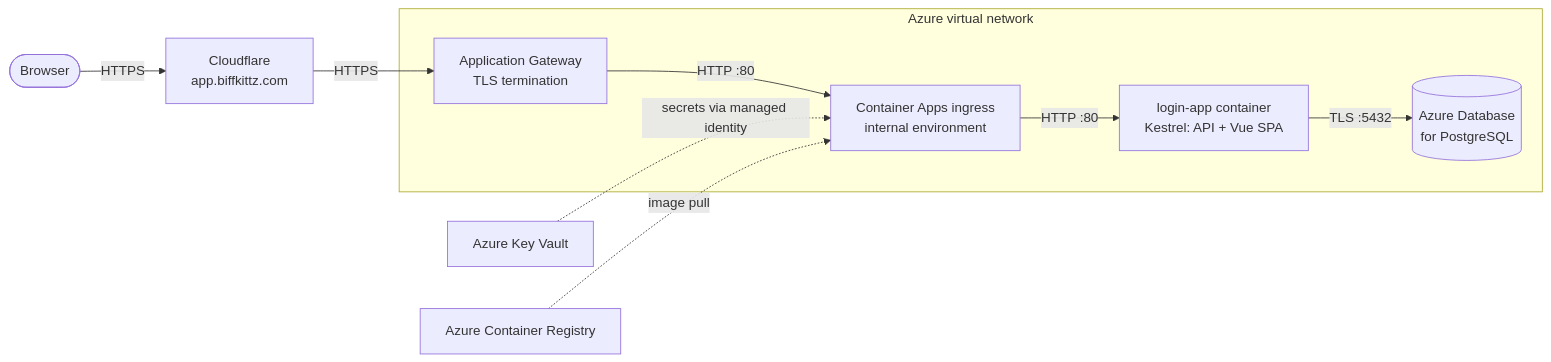
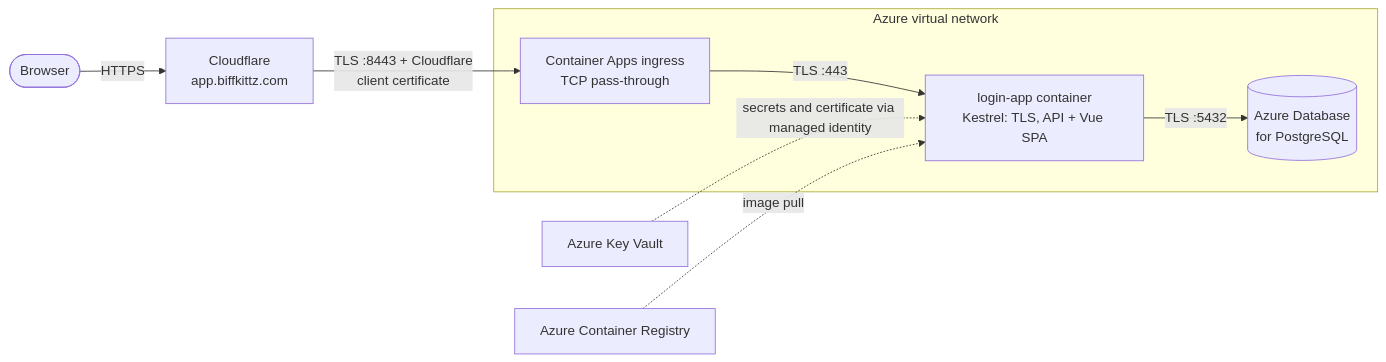
The diagram in README.md (biffkittz/login-app), drawn with Mermaid before and after one commit. The commit also changed other lines of this file and 57 other files, not shown here.

Commit message:
remove expensive app gateway for now

````diff
--- a/README.md
+++ b/README.md
@@ -13,12 +14,11 @@
 ```mermaid
 flowchart LR
   user([Browser]) -->|HTTPS| cf[Cloudflare<br/>app.biffkittz.com]
-  cf -->|HTTPS| agw[Application Gateway<br/>TLS termination]
+  cf -->|"TLS :8443 + Cloudflare<br/>client certificate"| ingress[Container Apps ingress<br/>TCP pass-through]
   subgraph vnet[Azure virtual network]
-    agw -->|HTTP :80| ingress[Container Apps ingress<br/>internal environment]
-    ingress -->|HTTP :80| app[login-app container<br/>Kestrel: API + Vue SPA]
+    ingress -->|"TLS :443"| app[login-app container<br/>Kestrel: TLS, API + Vue SPA]
     app -->|TLS :5432| pg[(Azure Database<br/>for PostgreSQL)]
   end
-  kv[Azure Key Vault] -.->|secrets via managed identity| ingress
-  acr[Azure Container Registry] -.->|image pull| ingress
+  kv[Azure Key Vault] -.->|secrets and certificate via managed identity| app
+  acr[Azure Container Registry] -.->|image pull| app
 ```
````
